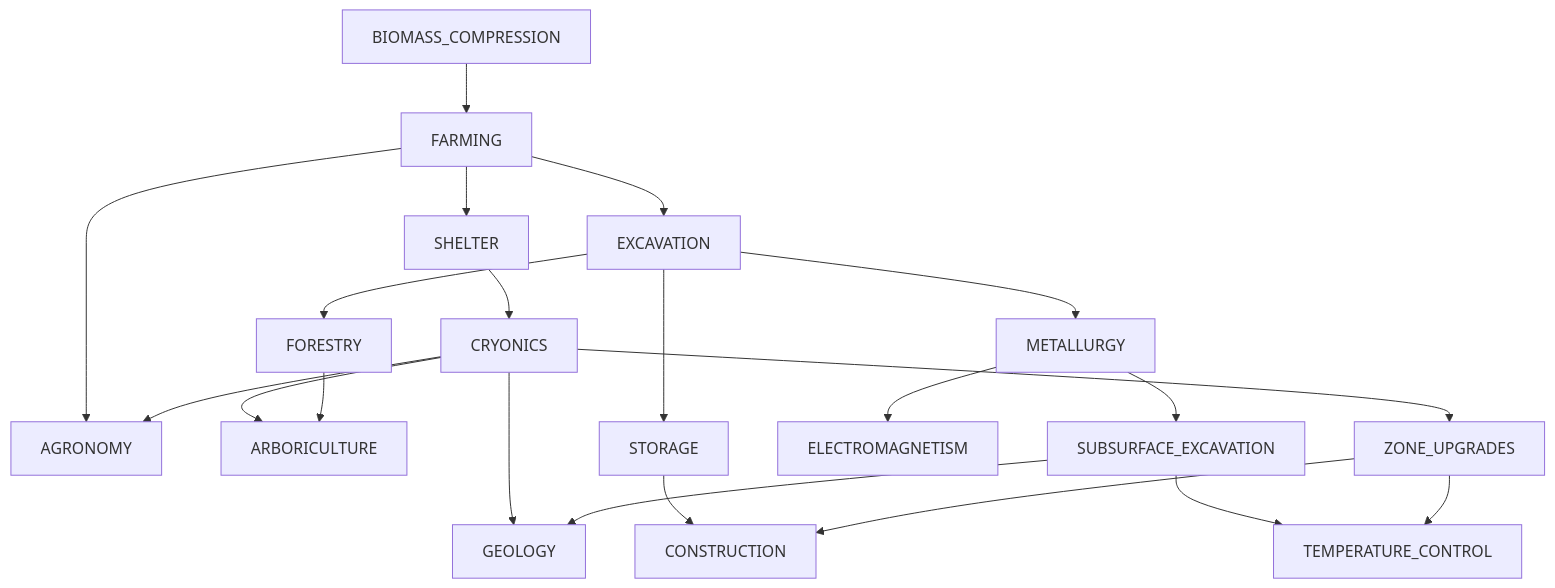
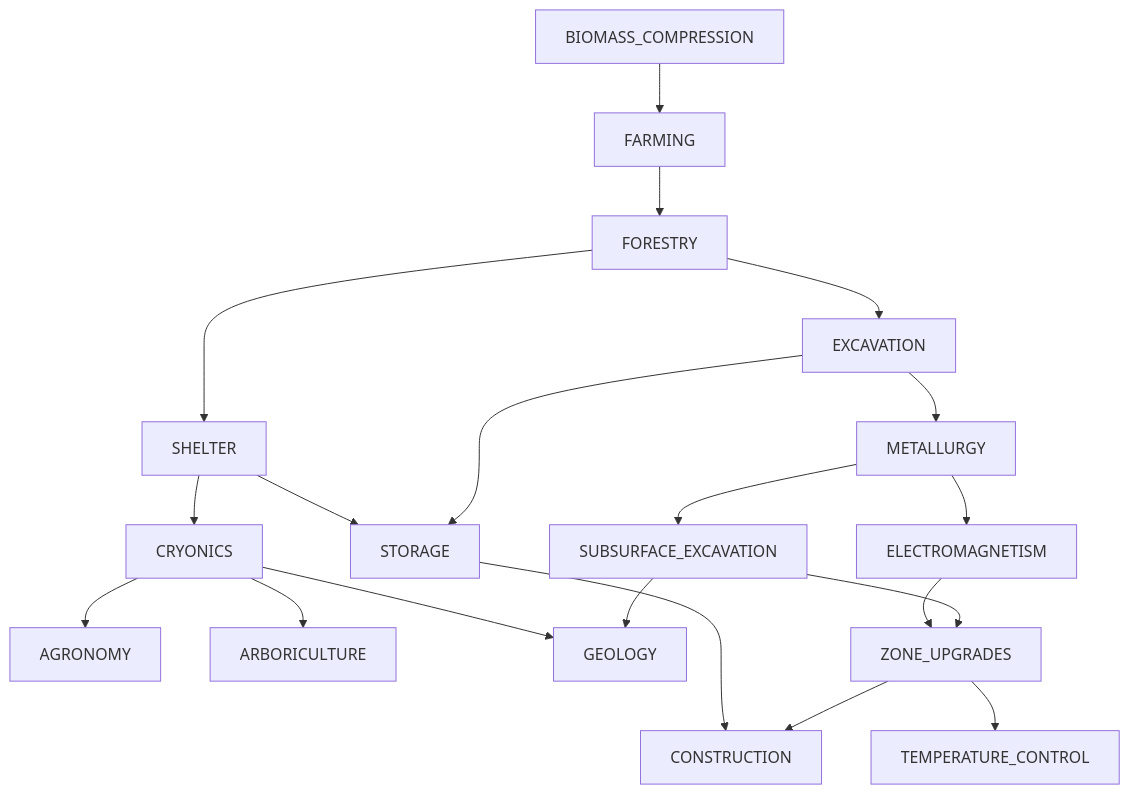
Before and after one commit to krnsk0/idler: the diagram in docs/TECH_TREE.md, drawn with Mermaid. The commit also changed 8 other files, not shown here.

````diff
--- a/docs/TECH_TREE.md
+++ b/docs/TECH_TREE.md
@@ -6,24 +6,23 @@
 ```mermaid
 flowchart TD;
   BIOMASS_COMPRESSION --> FARMING
-  FARMING --> SHELTER
-  FARMING --> EXCAVATION
-  FARMING --> AGRONOMY
+  FARMING --> FORESTRY
   SHELTER --> CRYONICS
+  SHELTER --> STORAGE
   CRYONICS --> AGRONOMY
   CRYONICS --> ARBORICULTURE
   CRYONICS --> GEOLOGY
-  CRYONICS --> ZONE_UPGRADES
-  FORESTRY --> ARBORICULTURE
+  FORESTRY --> SHELTER
+  FORESTRY --> EXCAVATION
   STORAGE --> CONSTRUCTION
   EXCAVATION --> METALLURGY
   EXCAVATION --> STORAGE
-  EXCAVATION --> FORESTRY
   METALLURGY --> ELECTROMAGNETISM
   METALLURGY --> SUBSURFACE_EXCAVATION
+  ELECTROMAGNETISM --> ZONE_UPGRADES
   SUBSURFACE_EXCAVATION --> GEOLOGY
-  SUBSURFACE_EXCAVATION --> TEMPERATURE_CONTROL
+  SUBSURFACE_EXCAVATION --> ZONE_UPGRADES
   ZONE_UPGRADES --> CONSTRUCTION
   ZONE_UPGRADES --> TEMPERATURE_CONTROL
 
 ```
````
